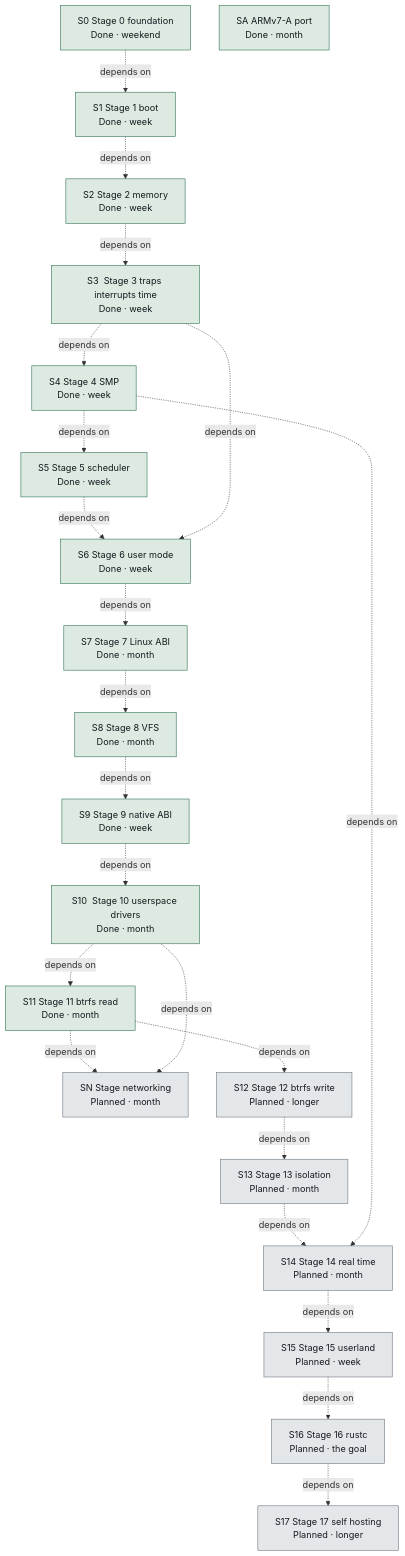
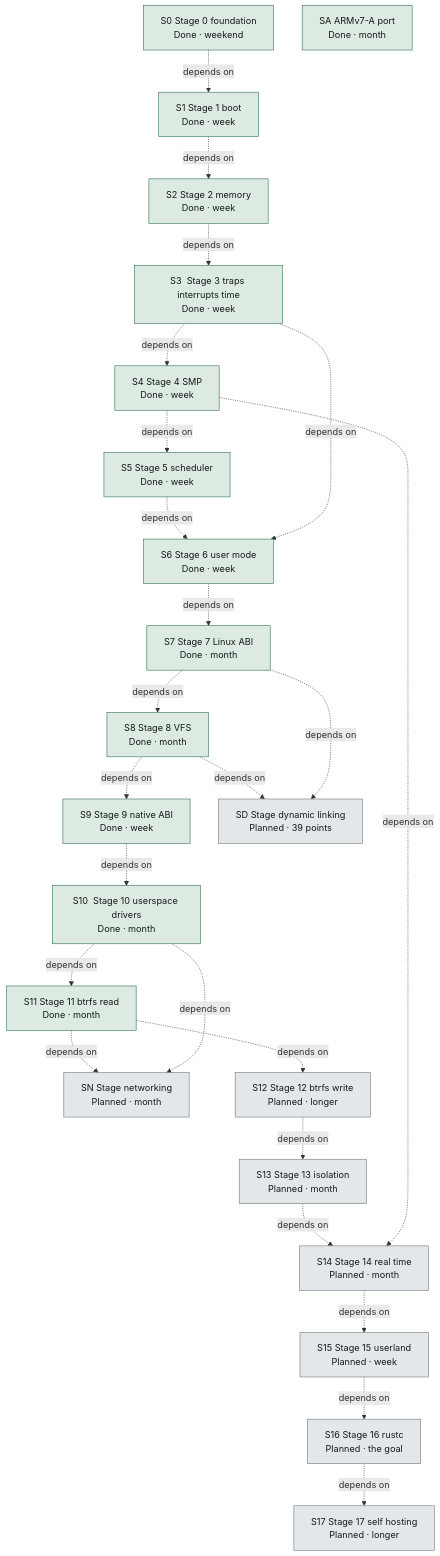
One commit to SetZero/ferrix changed diagram 16 of 19 in docs/generated/ARCHITECTURE.md. Above: the diagram before and after it, drawn with Mermaid. The commit also changed other lines of this file and 7 other files, not shown here.

First line of the commit message:
Close the architecture question, and stage dynamic linking behind it

````diff
--- a/docs/generated/ARCHITECTURE.md
+++ b/docs/generated/ARCHITECTURE.md
@@ -2513,48 +2514,51 @@
 ```mermaid
 flowchart TB
   n0_FerrixRoadmap_stage0Foundation["S0  Stage 0 foundation<br>Done · weekend"]
   n1_FerrixRoadmap_stage1Boot["S1  Stage 1 boot<br>Done · week"]
   n2_FerrixRoadmap_stage2Memory["S2  Stage 2 memory<br>Done · week"]
   n3_FerrixRoadmap_stage3TrapsInterruptsTime["S3  Stage 3 traps interrupts time<br>Done · week"]
   n4_FerrixRoadmap_stage4Smp["S4  Stage 4 SMP<br>Done · week"]
   n5_FerrixRoadmap_armv7aPort["SA  ARMv7-A port<br>Done · month"]
   n6_FerrixRoadmap_stage5Scheduler["S5  Stage 5 scheduler<br>Done · week"]
   n7_FerrixRoadmap_stage6UserMode["S6  Stage 6 user mode<br>Done · week"]
   n8_FerrixRoadmap_stage7LinuxAbi["S7  Stage 7 Linux ABI<br>Done · month"]
   n9_FerrixRoadmap_stage8Vfs["S8  Stage 8 VFS<br>Done · month"]
   n10_FerrixRoadmap_stage9NativeAbi["S9  Stage 9 native ABI<br>Done · week"]
   n11_FerrixRoadmap_stage10UserspaceDrivers["S10  Stage 10 userspace drivers<br>Done · month"]
   n12_FerrixRoadmap_stage11BtrfsRead["S11  Stage 11 btrfs read<br>Done · month"]
   n13_FerrixRoadmap_stageNetworking["SN  Stage networking<br>Planned · month"]
-  n14_FerrixRoadmap_stage12BtrfsWrite["S12  Stage 12 btrfs write<br>Planned · longer"]
-  n15_FerrixRoadmap_stage13Isolation["S13  Stage 13 isolation<br>Planned · month"]
-  n16_FerrixRoadmap_stage14RealTime["S14  Stage 14 real time<br>Planned · month"]
-  n17_FerrixRoadmap_stage15Userland["S15  Stage 15 userland<br>Planned · week"]
-  n18_FerrixRoadmap_stage16Rustc["S16  Stage 16 rustc<br>Planned · the goal"]
-  n19_FerrixRoadmap_stage17SelfHosting["S17  Stage 17 self hosting<br>Planned · longer"]
+  n14_FerrixRoadmap_stageDynamicLinking["SD  Stage dynamic linking<br>Planned · 39 points"]
+  n15_FerrixRoadmap_stage12BtrfsWrite["S12  Stage 12 btrfs write<br>Planned · longer"]
+  n16_FerrixRoadmap_stage13Isolation["S13  Stage 13 isolation<br>Planned · month"]
+  n17_FerrixRoadmap_stage14RealTime["S14  Stage 14 real time<br>Planned · month"]
+  n18_FerrixRoadmap_stage15Userland["S15  Stage 15 userland<br>Planned · week"]
+  n19_FerrixRoadmap_stage16Rustc["S16  Stage 16 rustc<br>Planned · the goal"]
+  n20_FerrixRoadmap_stage17SelfHosting["S17  Stage 17 self hosting<br>Planned · longer"]
   n0_FerrixRoadmap_stage0Foundation -. "depends on" .-> n1_FerrixRoadmap_stage1Boot
   n1_FerrixRoadmap_stage1Boot -. "depends on" .-> n2_FerrixRoadmap_stage2Memory
   n2_FerrixRoadmap_stage2Memory -. "depends on" .-> n3_FerrixRoadmap_stage3TrapsInterruptsTime
   n3_FerrixRoadmap_stage3TrapsInterruptsTime -. "depends on" .-> n4_FerrixRoadmap_stage4Smp
   n4_FerrixRoadmap_stage4Smp -. "depends on" .-> n6_FerrixRoadmap_stage5Scheduler
   n6_FerrixRoadmap_stage5Scheduler -. "depends on" .-> n7_FerrixRoadmap_stage6UserMode
   n3_FerrixRoadmap_stage3TrapsInterruptsTime -. "depends on" .-> n7_FerrixRoadmap_stage6UserMode
   n7_FerrixRoadmap_stage6UserMode -. "depends on" .-> n8_FerrixRoadmap_stage7LinuxAbi
   n8_FerrixRoadmap_stage7LinuxAbi -. "depends on" .-> n9_FerrixRoadmap_stage8Vfs
   n9_FerrixRoadmap_stage8Vfs -. "depends on" .-> n10_FerrixRoadmap_stage9NativeAbi
   n10_FerrixRoadmap_stage9NativeAbi -. "depends on" .-> n11_FerrixRoadmap_stage10UserspaceDrivers
   n11_FerrixRoadmap_stage10UserspaceDrivers -. "depends on" .-> n12_FerrixRoadmap_stage11BtrfsRead
   n12_FerrixRoadmap_stage11BtrfsRead -. "depends on" .-> n13_FerrixRoadmap_stageNetworking
   n11_FerrixRoadmap_stage10UserspaceDrivers -. "depends on" .-> n13_FerrixRoadmap_stageNetworking
-  n12_FerrixRoadmap_stage11BtrfsRead -. "depends on" .-> n14_FerrixRoadmap_stage12BtrfsWrite
-  n14_FerrixRoadmap_stage12BtrfsWrite -. "depends on" .-> n15_FerrixRoadmap_stage13Isolation
-  n15_FerrixRoadmap_stage13Isolation -. "depends on" .-> n16_FerrixRoadmap_stage14RealTime
-  n4_FerrixRoadmap_stage4Smp -. "depends on" .-> n16_FerrixRoadmap_stage14RealTime
-  n16_FerrixRoadmap_stage14RealTime -. "depends on" .-> n17_FerrixRoadmap_stage15Userland
-  n17_FerrixRoadmap_stage15Userland -. "depends on" .-> n18_FerrixRoadmap_stage16Rustc
-  n18_FerrixRoadmap_stage16Rustc -. "depends on" .-> n19_FerrixRoadmap_stage17SelfHosting
+  n9_FerrixRoadmap_stage8Vfs -. "depends on" .-> n14_FerrixRoadmap_stageDynamicLinking
+  n8_FerrixRoadmap_stage7LinuxAbi -. "depends on" .-> n14_FerrixRoadmap_stageDynamicLinking
+  n12_FerrixRoadmap_stage11BtrfsRead -. "depends on" .-> n15_FerrixRoadmap_stage12BtrfsWrite
+  n15_FerrixRoadmap_stage12BtrfsWrite -. "depends on" .-> n16_FerrixRoadmap_stage13Isolation
+  n16_FerrixRoadmap_stage13Isolation -. "depends on" .-> n17_FerrixRoadmap_stage14RealTime
+  n4_FerrixRoadmap_stage4Smp -. "depends on" .-> n17_FerrixRoadmap_stage14RealTime
+  n17_FerrixRoadmap_stage14RealTime -. "depends on" .-> n18_FerrixRoadmap_stage15Userland
+  n18_FerrixRoadmap_stage15Userland -. "depends on" .-> n19_FerrixRoadmap_stage16Rustc
+  n19_FerrixRoadmap_stage16Rustc -. "depends on" .-> n20_FerrixRoadmap_stage17SelfHosting
   classDef implemented fill:#dceae2,stroke:#2c6e4e,color:#16191d
   classDef planned fill:#e4e7ea,stroke:#6a737e,color:#16191d
   class n0_FerrixRoadmap_stage0Foundation,n1_FerrixRoadmap_stage1Boot,n2_FerrixRoadmap_stage2Memory,n3_FerrixRoadmap_stage3TrapsInterruptsTime,n4_FerrixRoadmap_stage4Smp,n5_FerrixRoadmap_armv7aPort,n6_FerrixRoadmap_stage5Scheduler,n7_FerrixRoadmap_stage6UserMode,n8_FerrixRoadmap_stage7LinuxAbi,n9_FerrixRoadmap_stage8Vfs,n10_FerrixRoadmap_stage9NativeAbi,n11_FerrixRoadmap_stage10UserspaceDrivers,n12_FerrixRoadmap_stage11BtrfsRead implemented
-  class n13_FerrixRoadmap_stageNetworking,n14_FerrixRoadmap_stage12BtrfsWrite,n15_FerrixRoadmap_stage13Isolation,n16_FerrixRoadmap_stage14RealTime,n17_FerrixRoadmap_stage15Userland,n18_FerrixRoadmap_stage16Rustc,n19_FerrixRoadmap_stage17SelfHosting planned
+  class n13_FerrixRoadmap_stageNetworking,n14_FerrixRoadmap_stageDynamicLinking,n15_FerrixRoadmap_stage12BtrfsWrite,n16_FerrixRoadmap_stage13Isolation,n17_FerrixRoadmap_stage14RealTime,n18_FerrixRoadmap_stage15Userland,n19_FerrixRoadmap_stage16Rustc,n20_FerrixRoadmap_stage17SelfHosting planned
 ```
````
